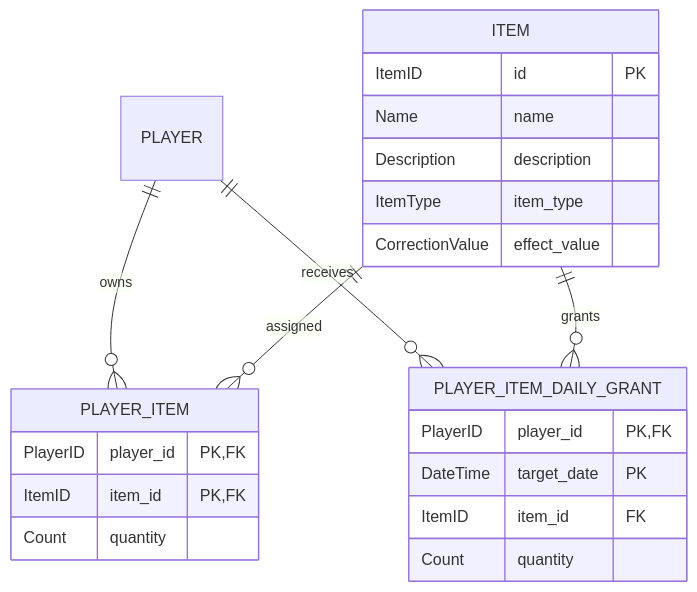
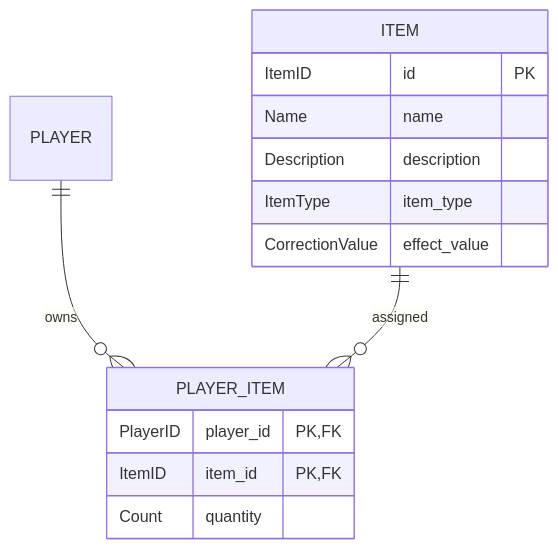
Before and after one commit to ReHydrangeaOdyssey/Specifications: the fourth of 8 diagrams in design/server/data_base.md, drawn with Mermaid. The commit also changed other lines of this file and 19 other files, not shown here.

````diff
--- a/design/server/data_base.md
+++ b/design/server/data_base.md
@@ -373,28 +373,19 @@
 ```mermaid
 erDiagram
     ITEM {
         ItemID id PK
         Name name
         Description description
         ItemType item_type
         CorrectionValue effect_value
     }
 
     PLAYER_ITEM {
         PlayerID player_id PK, FK
         ItemID item_id PK, FK
         Count quantity
     }
 
-    PLAYER_ITEM_DAILY_GRANT {
-        PlayerID player_id PK, FK
-        DateTime target_date PK
-        ItemID item_id FK
-        Count quantity
-    }
-
     PLAYER ||--o{ PLAYER_ITEM : owns
     ITEM ||--o{ PLAYER_ITEM : assigned
-    PLAYER ||--o{ PLAYER_ITEM_DAILY_GRANT : receives
-    ITEM ||--o{ PLAYER_ITEM_DAILY_GRANT : grants
 ```
````
